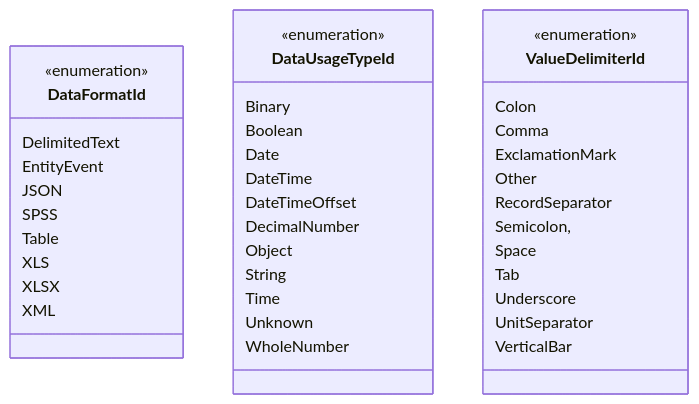
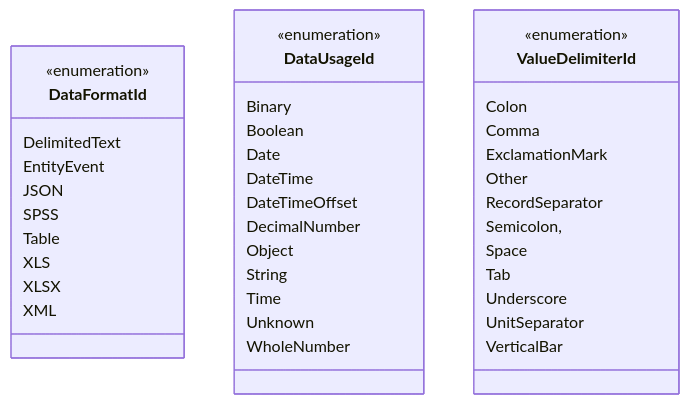
The seventh of 7 diagrams in README.md (data-positioning/datapos-shared), drawn with Mermaid before and after one commit. The commit also changed other lines of this file and 4 other files, not shown here.

````diff
--- a/README.md
+++ b/README.md
@@ -244,46 +244,46 @@
 ```mermaid
 classDiagram
     direction TB
 
     class DataFormatId {
         <<enumeration>>
         DelimitedText
         EntityEvent
         JSON
         SPSS
         Table
         XLS
         XLSX
         XML
     }
 
-    class DataUsageTypeId {
+    class DataUsageId {
         <<enumeration>>
         Binary
         Boolean
         Date
         DateTime
         DateTimeOffset
         DecimalNumber
         Object
         String
         Time
         Unknown
         WholeNumber
     }
 
     class ValueDelimiterId {
         <<enumeration>>
         Colon
         Comma
         ExclamationMark
         Other
         RecordSeparator
         Semicolon,
         Space
         Tab
         Underscore
         UnitSeparator
         VerticalBar
     }
 ```
````
